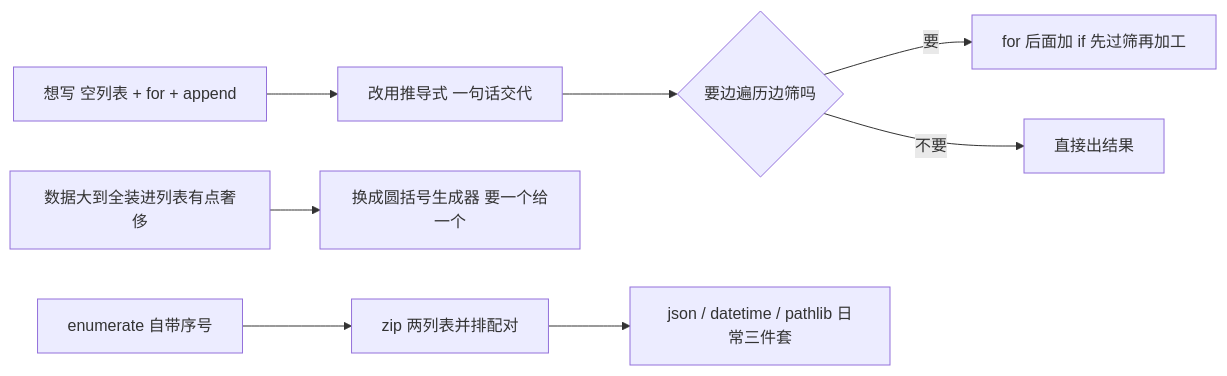
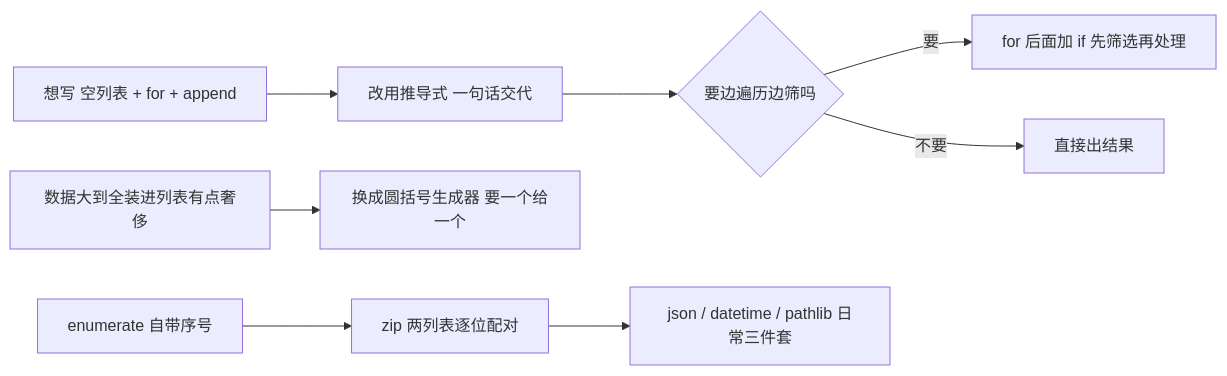
The diagram in 01.Python快速入门/第11课_地道Python/第11课.md (xxxAndlk/AI_Agent_Learning_path), drawn with Mermaid before and after one commit. The commit also changed other lines of this file and 5 other files, not shown here.

````diff
--- a/01.Python快速入门/第11课_地道Python/第11课.md
+++ b/01.Python快速入门/第11课_地道Python/第11课.md
@@ -249,10 +249,10 @@
 ```mermaid
 flowchart LR
     A[想写 空列表 + for + append] --> B[改用推导式 一句话交代]
     B --> C{要边遍历边筛吗}
-    C -- 要 --> D[for 后面加 if 先过筛再加工]
+    C -- 要 --> D[for 后面加 if 先筛选再处理]
     C -- 不要 --> E[直接出结果]
     F[数据大到全装进列表有点奢侈] --> G[换成圆括号生成器 要一个给一个]
-    H[enumerate 自带序号] --> I[zip 两列表并排配对]
+    H[enumerate 自带序号] --> I[zip 两列表逐位配对]
     I --> J[json / datetime / pathlib 日常三件套]
 ```
````
